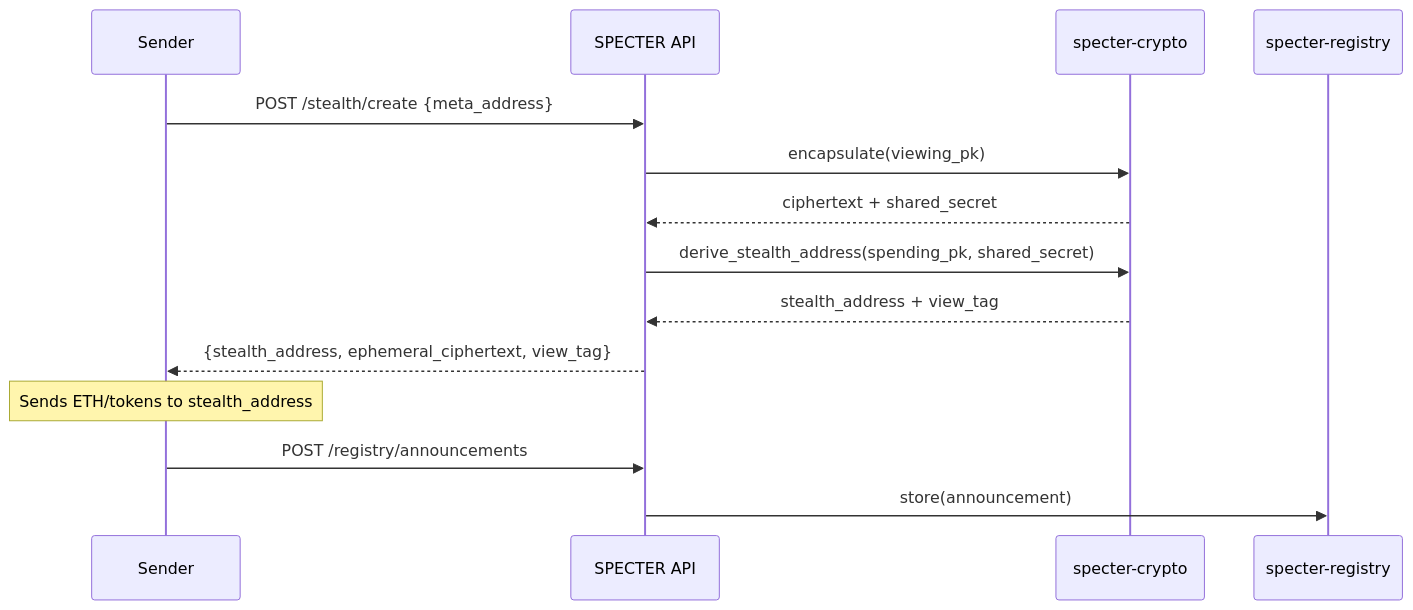
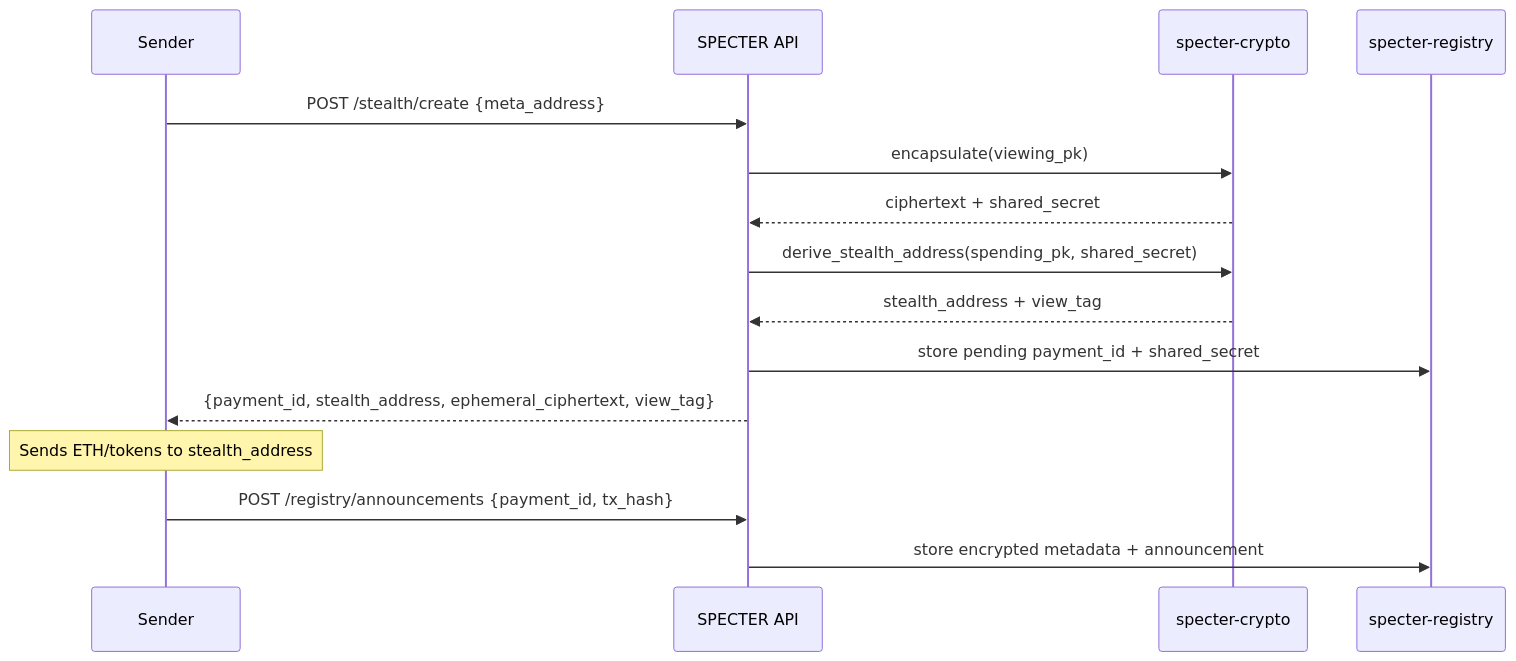
The second of 3 diagrams in docs/how-it-works/architecture.mdx (specter-privacy/docs), drawn with Mermaid before and after one commit. The commit also changed other lines of this file and 30 other files, not shown here.

````diff
--- a/docs/how-it-works/architecture.mdx
+++ b/docs/how-it-works/architecture.mdx
@@ -91,19 +84,20 @@
 ```mermaid
 sequenceDiagram
     participant Sender
     participant API as SPECTER API
     participant Crypto as specter-crypto
     participant Registry as specter-registry
 
     Sender->>API: POST /stealth/create {meta_address}
     API->>Crypto: encapsulate(viewing_pk)
     Crypto-->>API: ciphertext + shared_secret
     API->>Crypto: derive_stealth_address(spending_pk, shared_secret)
     Crypto-->>API: stealth_address + view_tag
-    API-->>Sender: {stealth_address, ephemeral_ciphertext, view_tag}
+    API->>Registry: store pending payment_id + shared_secret
+    API-->>Sender: {payment_id, stealth_address, ephemeral_ciphertext, view_tag}
 
     Note over Sender: Sends ETH/tokens to stealth_address
 
-    Sender->>API: POST /registry/announcements
-    API->>Registry: store(announcement)
+    Sender->>API: POST /registry/announcements {payment_id, tx_hash}
+    API->>Registry: store encrypted metadata + announcement
 ```
````
